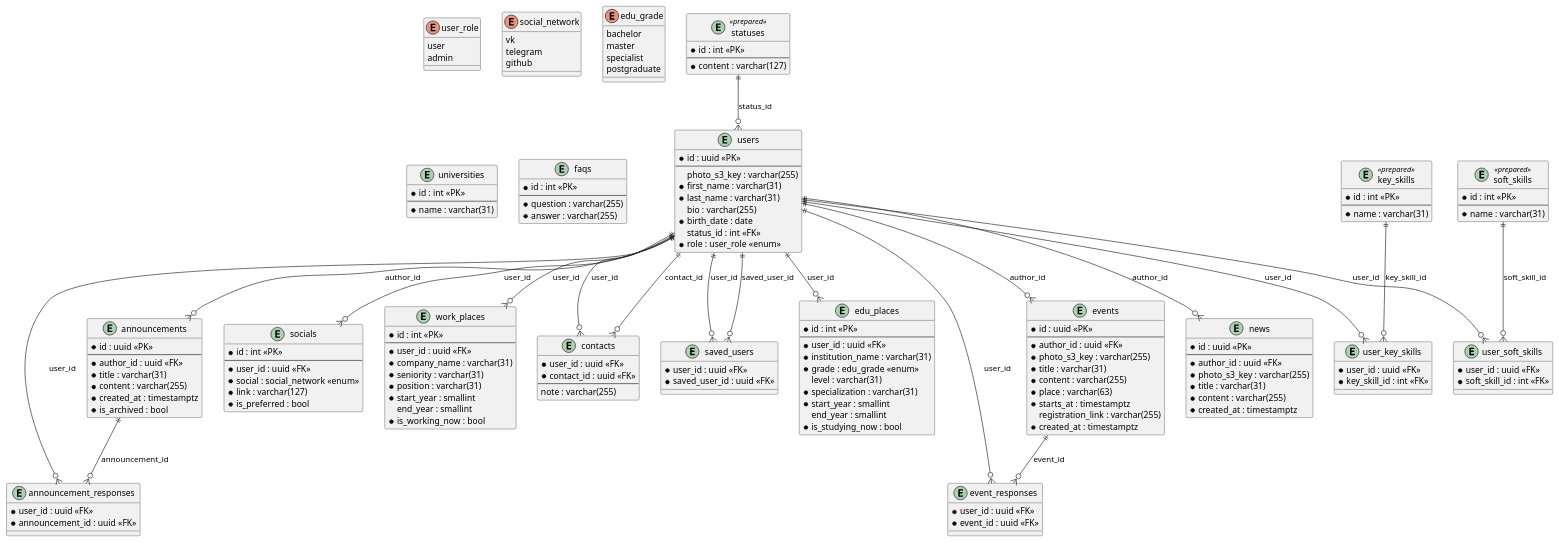
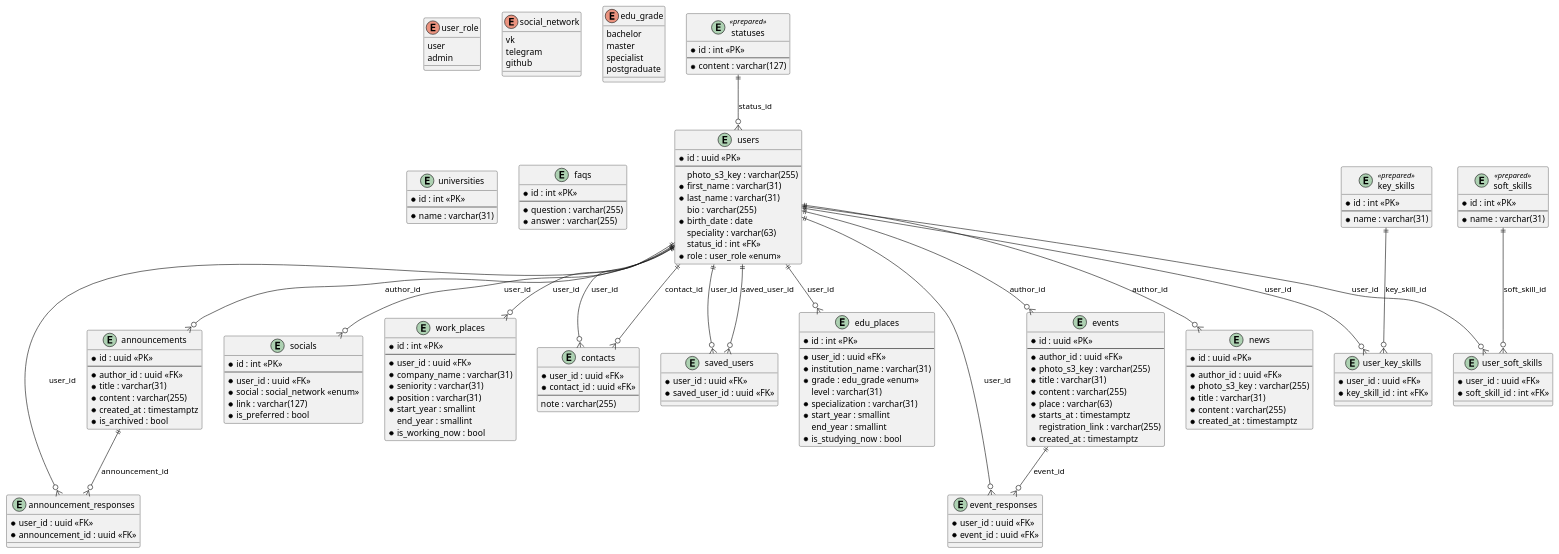
Before and after one commit to RuslanKarabalin/cu-faculty-backend: the diagram in docs/database.puml, drawn with PlantUML. The commit also changed 5 other files, not shown here.

```diff
--- a/docs/database.puml
+++ b/docs/database.puml
@@ -1,196 +1,197 @@
 @startuml database
 
 enum "user_role" {
   user
   admin
 }
 
 enum "social_network" {
   vk
   telegram
   github
 }
 
 enum "edu_grade" {
   bachelor
   master
   specialist
   postgraduate
 }
 
 entity "statuses" <<prepared>> {
   * id : int <<PK>>
   --
   * content : varchar(127)
 }
 
 entity "key_skills" <<prepared>> {
   * id : int <<PK>>
   --
   * name : varchar(31)
 }
 
 entity "soft_skills" <<prepared>> {
   * id : int <<PK>>
   --
   * name : varchar(31)
 }
 
 entity "universities" {
   * id : int <<PK>>
   --
   * name : varchar(31)
 }
 
 entity "faqs" {
   * id : int <<PK>>
   --
   * question : varchar(255)
   * answer : varchar(255)
 }
 
 
 entity "users" {
   * id : uuid <<PK>>
   --
   photo_s3_key : varchar(255)
   * first_name : varchar(31)
   * last_name : varchar(31)
   bio : varchar(255)
   * birth_date : date
+  speciality : varchar(63)
   status_id : int <<FK>>
   * role : user_role <<enum>>
 }
 
 entity "socials" {
   * id : int <<PK>>
   --
   * user_id : uuid <<FK>>
   * social : social_network <<enum>>
   * link : varchar(127)
   * is_preferred : bool
 }
 
 entity "work_places" {
   * id : int <<PK>>
   --
   * user_id : uuid <<FK>>
   * company_name : varchar(31)
   * seniority : varchar(31)
   * position : varchar(31)
   * start_year : smallint
   end_year : smallint
   * is_working_now : bool
 }
 
 entity "edu_places" {
   * id : int <<PK>>
   --
   * user_id : uuid <<FK>>
   * institution_name : varchar(31)
   * grade : edu_grade <<enum>>
   level : varchar(31)
   * specialization : varchar(31)
   * start_year : smallint
   end_year : smallint
   * is_studying_now : bool
 }
 
 entity "announcements" {
   * id : uuid <<PK>>
   --
   * author_id : uuid <<FK>>
   * title : varchar(31)
   * content : varchar(255)
   * created_at : timestamptz
   * is_archived : bool
 }
 
 entity "news" {
   * id : uuid <<PK>>
   --
   * author_id : uuid <<FK>>
   * photo_s3_key : varchar(255)
   * title : varchar(31)
   * content : varchar(255)
   * created_at : timestamptz
 }
 
 entity "events" {
   * id : uuid <<PK>>
   --
   * author_id : uuid <<FK>>
   * photo_s3_key : varchar(255)
   * title : varchar(31)
   * content : varchar(255)
   * place : varchar(63)
   * starts_at : timestamptz
   registration_link : varchar(255)
   * created_at : timestamptz
 }
 
 
 entity "user_key_skills" {
   * user_id : uuid <<FK>>
   * key_skill_id : int <<FK>>
 }
 
 entity "user_soft_skills" {
   * user_id : uuid <<FK>>
   * soft_skill_id : int <<FK>>
 }
 
 entity "contacts" {
   * user_id : uuid <<FK>>
   * contact_id : uuid <<FK>>
   --
   note : varchar(255)
 }
 
 entity "saved_users" {
   * user_id : uuid <<FK>>
   * saved_user_id : uuid <<FK>>
 }
 
 entity "announcement_responses" {
   * user_id : uuid <<FK>>
   * announcement_id : uuid <<FK>>
 }
 
 entity "event_responses" {
   * user_id : uuid <<FK>>
   * event_id : uuid <<FK>>
 }
 
 
 statuses        ||--o{ users                    : "status_id"
 
 users           ||--o{ socials                  : "user_id"
 
 users           ||--o{ work_places              : "user_id"
 
 users           ||--o{ edu_places               : "user_id"
 
 users           ||--o{ user_key_skills          : "user_id"
 key_skills      ||--o{ user_key_skills          : "key_skill_id"
 
 users           ||--o{ user_soft_skills         : "user_id"
 soft_skills     ||--o{ user_soft_skills         : "soft_skill_id"
 
 users           ||--o{ contacts                 : "user_id"
 users           ||--o{ contacts                 : "contact_id"
 
 users           ||--o{ saved_users              : "user_id"
 users           ||--o{ saved_users              : "saved_user_id"
 
 users           ||--o{ announcements            : "author_id"
 announcements   ||--o{ announcement_responses   : "announcement_id"
 users           ||--o{ announcement_responses   : "user_id"
 
 users           ||--o{ news                     : "author_id"
 
 users           ||--o{ events                   : "author_id"
 events          ||--o{ event_responses          : "event_id"
 users           ||--o{ event_responses          : "user_id"
 
 @enduml
```
